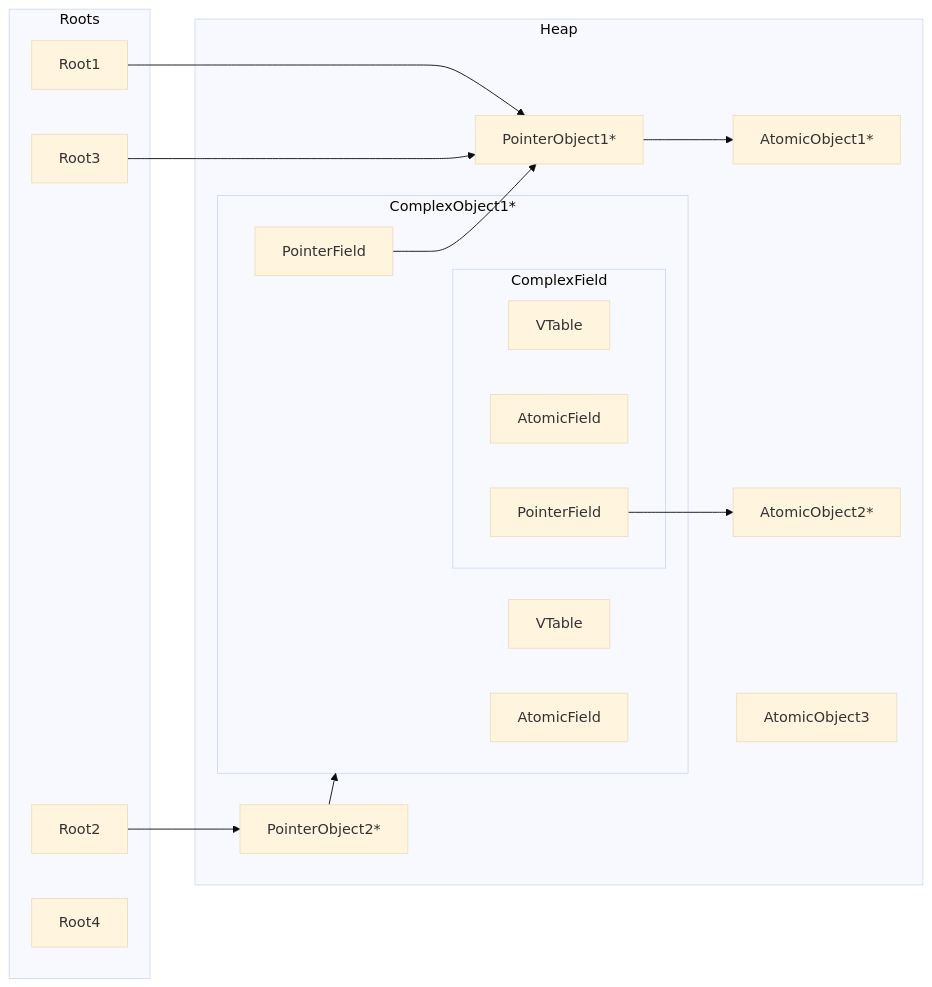
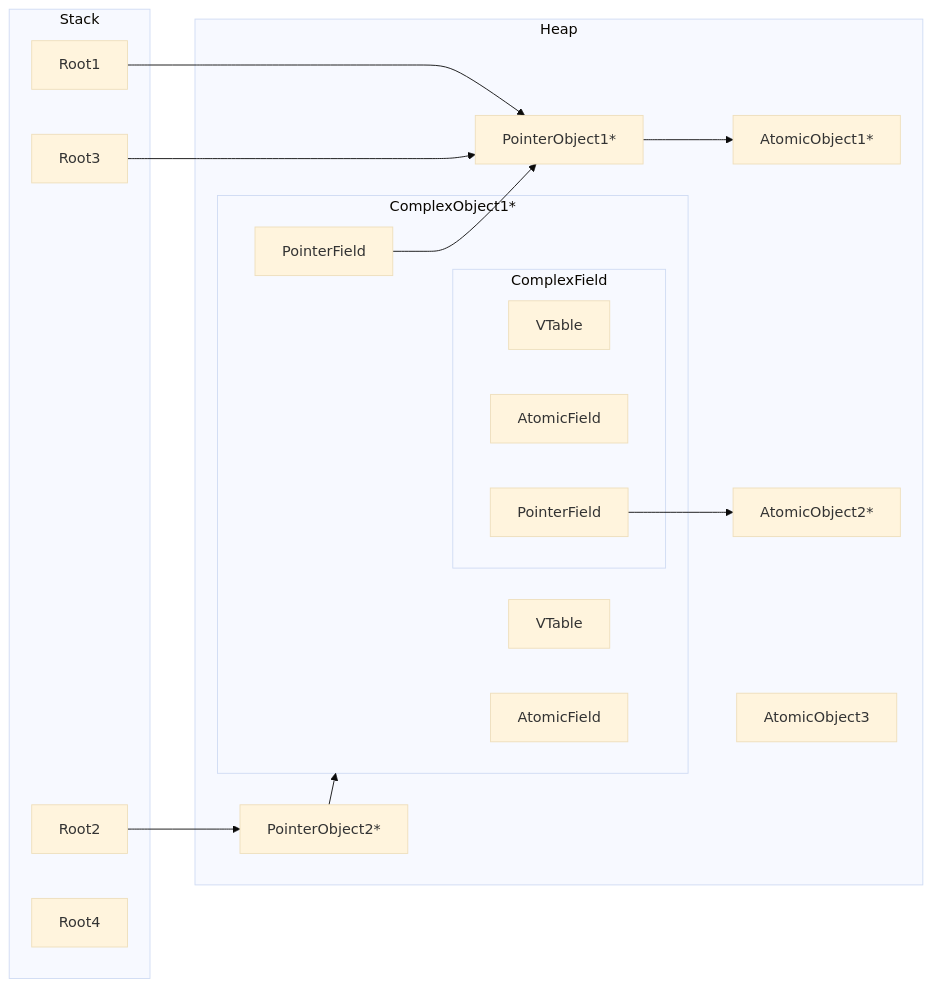
The third of 4 diagrams in book/src/references/immix.md (Pivot-Studio/pivot-lang), drawn with Mermaid (base theme) before and after one commit. The commit also changed other lines of this file and 1 other file, not shown here.

````diff
--- a/book/src/references/immix.md
+++ b/book/src/references/immix.md
@@ -218,36 +218,36 @@
 ```mermaid
 graph LR;
-    subgraph Roots
+    subgraph Stack
         Root1
         Root2
         Root3
         Root4
     end
     subgraph HO[Heap]
         AtomicObject1[AtomicObject1*]
         AtomicObject2[AtomicObject2*]
         AtomicObject3
         PointerObject1[PointerObject1*]
         PointerObject2[PointerObject2*]
         ComplexObject1
     end
     subgraph ComplexObject1[ComplexObject1*]
         VT1[VTable]
         PF1[PointerField]
         AF1[AtomicField]
         ComplexField
     end
     subgraph ComplexField
         VT2[VTable]
         AF2[AtomicField]
         PF2[PointerField]
     end
     PF1 --> PointerObject1
     PF2 --> AtomicObject2
     PointerObject1 --> AtomicObject1
     PointerObject2 --> ComplexObject1
     Root1 --> PointerObject1
     Root2 --> PointerObject2
     Root3 --> PointerObject1
 
 ```
````
